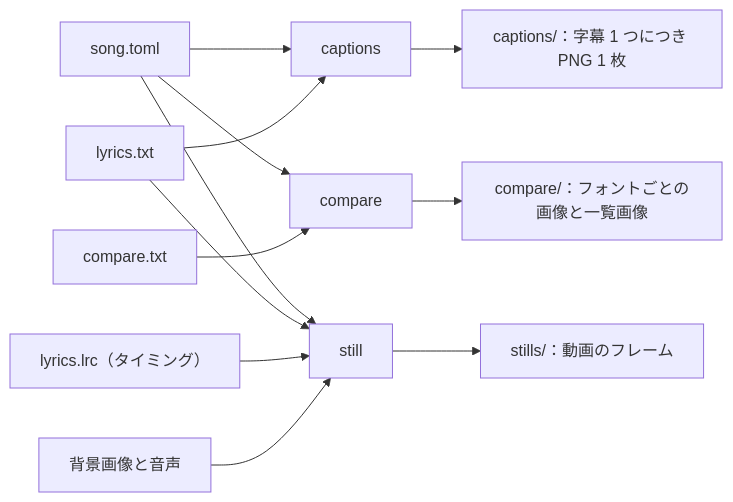
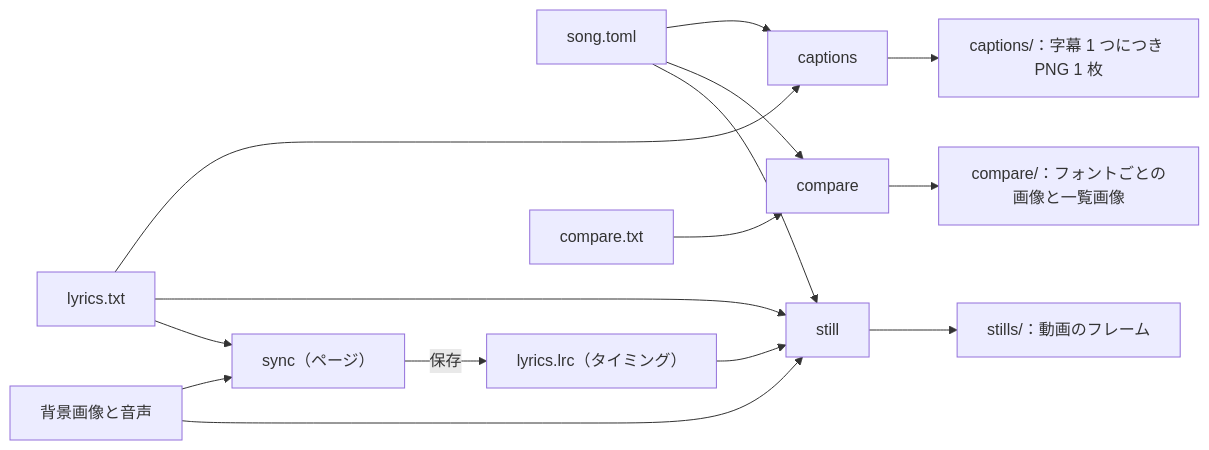
The diagram in docs/ja/USER_GUIDE.md (musica-sanare/lyrics-video-app), drawn with Mermaid before and after one commit. The commit also changed other lines of this file and 23 other files, not shown here.

````diff
--- a/docs/ja/USER_GUIDE.md
+++ b/docs/ja/USER_GUIDE.md
@@ -13,22 +14,25 @@
 ```mermaid
 flowchart LR
   song["song.toml"]
   lyrics["lyrics.txt"]
   timing["lyrics.lrc（タイミング）"]
   comparetxt["compare.txt"]
   media["背景画像と音声"]
   captions["captions"]
   compare["compare"]
   still["still"]
+  sync["sync（ページ）"]
   outCaptions["captions/：字幕 1 つにつき PNG 1 枚"]
   outCompare["compare/：フォントごとの画像と一覧画像"]
   outStills["stills/：動画のフレーム"]
   song --> captions & compare & still
   lyrics --> captions & still
   timing --> still
+  lyrics & media --> sync
+  sync -->|保存| timing
   comparetxt --> compare
   media --> still
   captions --> outCaptions
   compare --> outCompare
   still --> outStills
 ```
````
